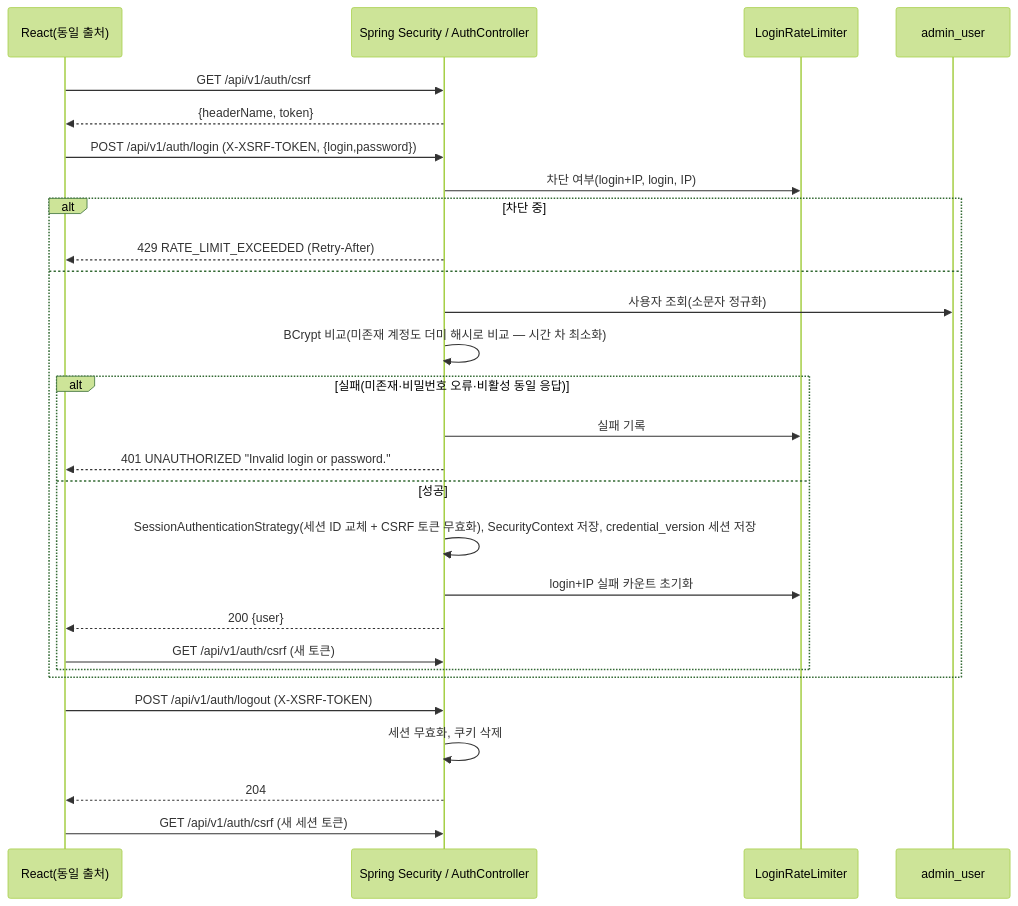
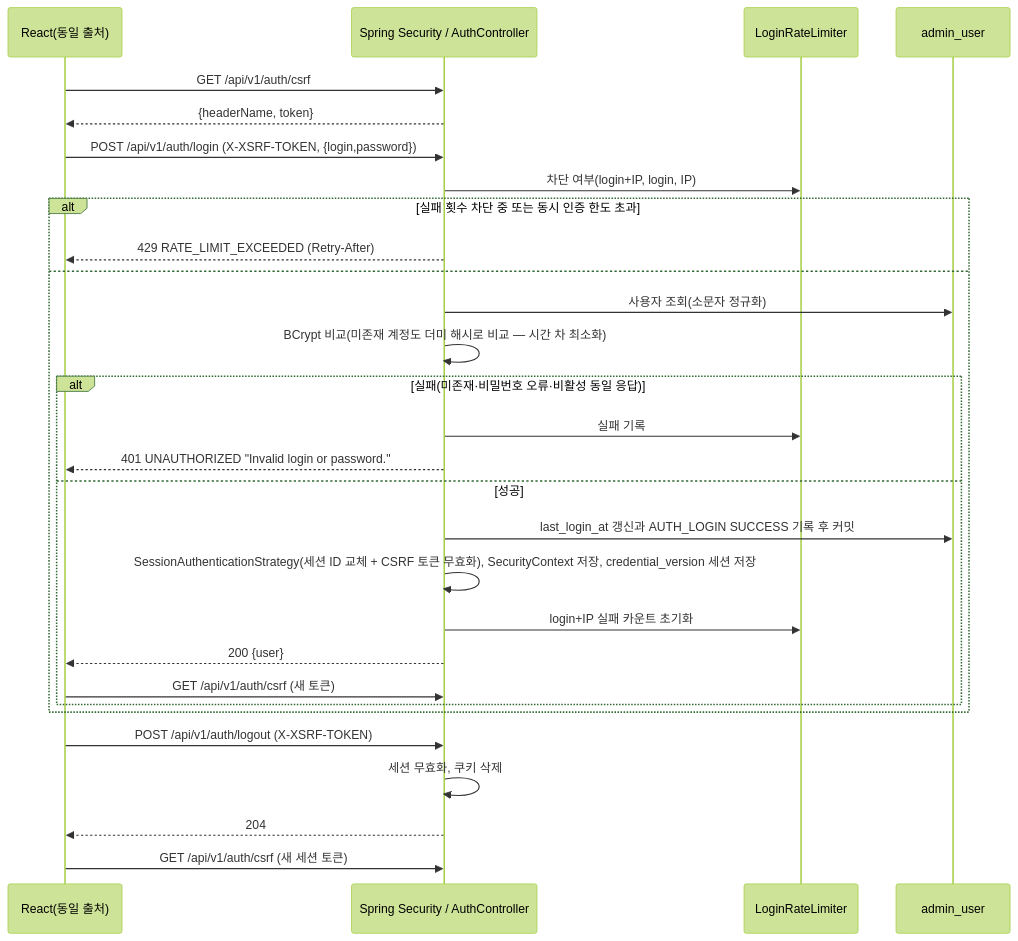
Before and after one commit to Hjinsu/ai-studio: the diagram in docs/design/T02_AUTH.md, drawn with Mermaid (forest theme). The commit also changed other lines of this file and 6 other files, not shown here.

````diff
--- a/docs/design/T02_AUTH.md
+++ b/docs/design/T02_AUTH.md
@@ -45,30 +45,31 @@
 ```mermaid
 sequenceDiagram
     participant UI as React(동일 출처)
     participant API as Spring Security / AuthController
     participant RL as LoginRateLimiter
     participant DB as admin_user
     UI->>API: GET /api/v1/auth/csrf
     API-->>UI: {headerName, token}
     UI->>API: POST /api/v1/auth/login (X-XSRF-TOKEN, {login,password})
     API->>RL: 차단 여부(login+IP, login, IP)
-    alt 차단 중
+    alt 실패 횟수 차단 중 또는 동시 인증 한도 초과
         API-->>UI: 429 RATE_LIMIT_EXCEEDED (Retry-After)
     else
         API->>DB: 사용자 조회(소문자 정규화)
         API->>API: BCrypt 비교(미존재 계정도 더미 해시로 비교 — 시간 차 최소화)
         alt 실패(미존재·비밀번호 오류·비활성 동일 응답)
             API->>RL: 실패 기록
             API-->>UI: 401 UNAUTHORIZED "Invalid login or password."
         else 성공
+            API->>DB: last_login_at 갱신과 AUTH_LOGIN SUCCESS 기록 후 커밋
             API->>API: SessionAuthenticationStrategy(세션 ID 교체 + CSRF 토큰 무효화), SecurityContext 저장, credential_version 세션 저장
             API->>RL: login+IP 실패 카운트 초기화
             API-->>UI: 200 {user}
             UI->>API: GET /api/v1/auth/csrf (새 토큰)
         end
     end
     UI->>API: POST /api/v1/auth/logout (X-XSRF-TOKEN)
     API->>API: 세션 무효화, 쿠키 삭제
     API-->>UI: 204
     UI->>API: GET /api/v1/auth/csrf (새 세션 토큰)
 ```
````
